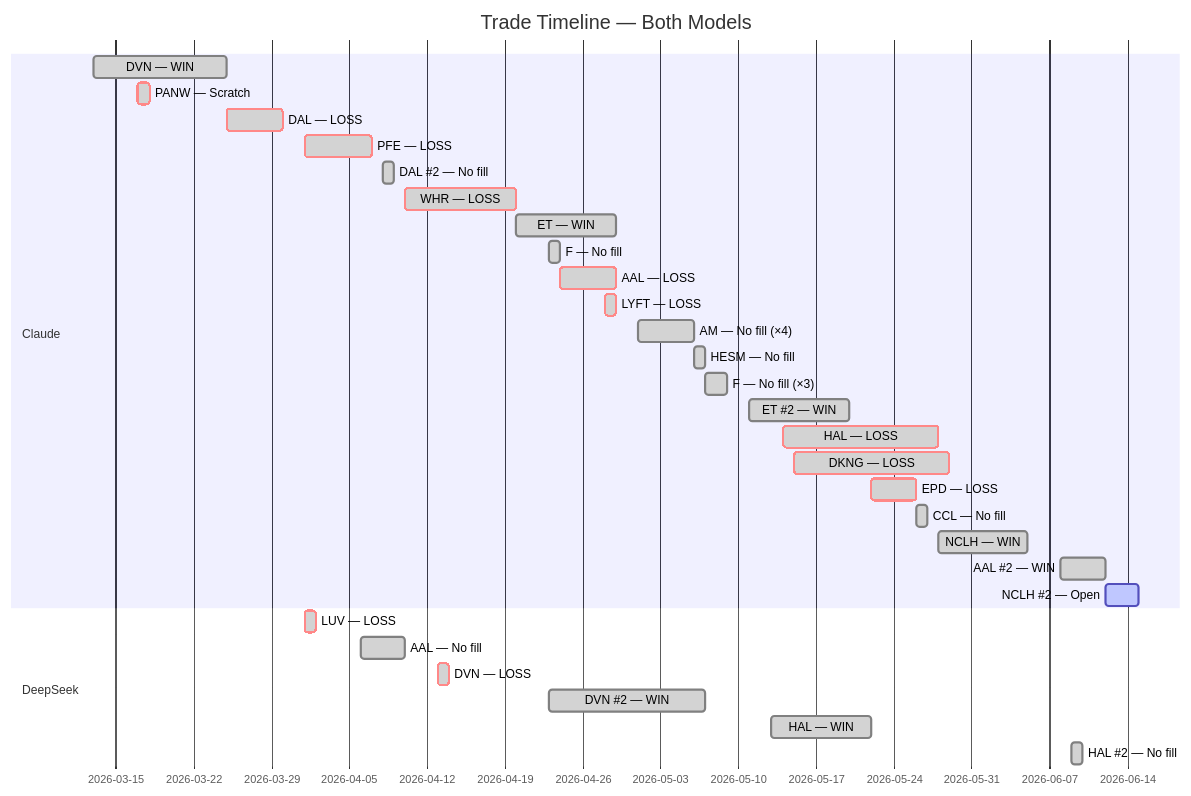
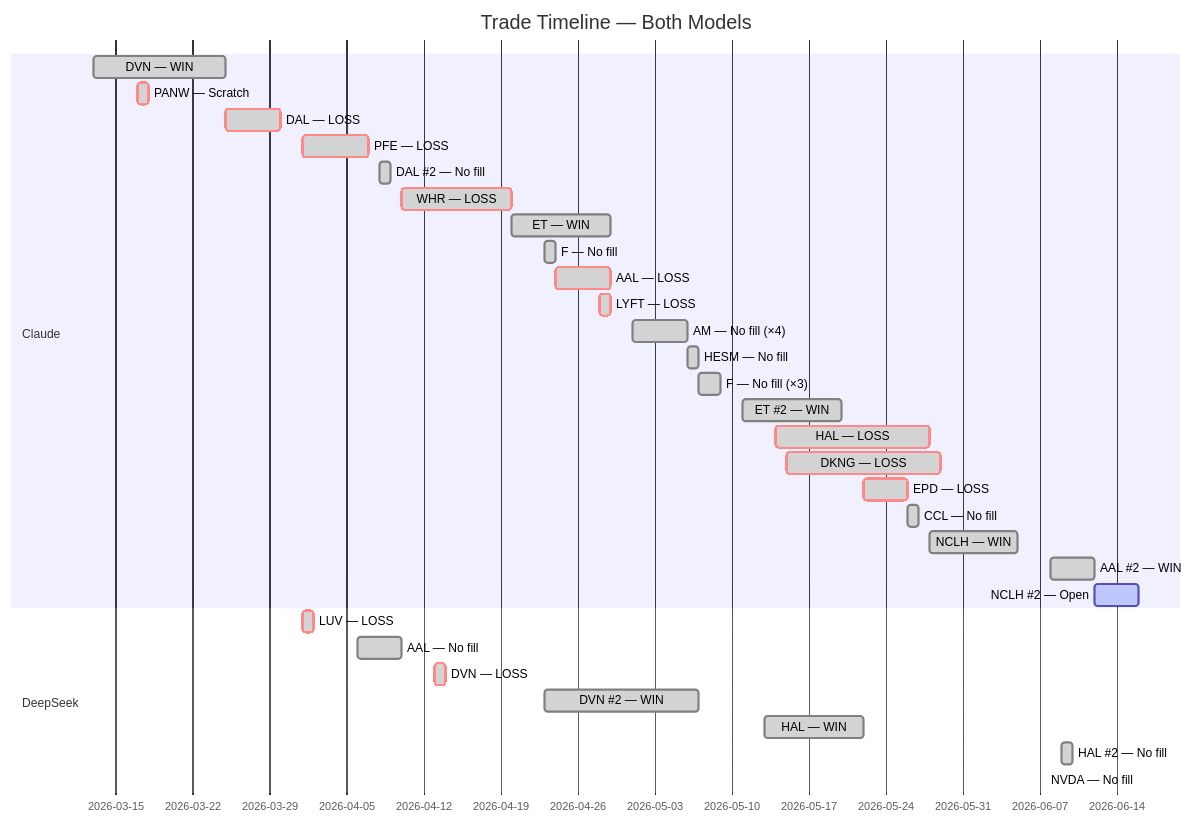
One commit to zachisit/ai-auto-buy-thesis changed the fifth of 5 diagrams in README.md. Above: the diagram before and after it, drawn with Mermaid. The commit also changed other lines of this file and 2 other files, not shown here.

Commit message:
Update README and add session logs for 6/16 — NCLH #2 Day 4 stop trailed $17.85→$19.25 (+$40.80 unrealized); DeepSeek NVDA buy stop $214.50 expired unfilled

````diff
--- a/README.md
+++ b/README.md
@@ -63,34 +63,35 @@
 ```mermaid
 gantt
     title Trade Timeline — Both Models
     dateFormat YYYY-MM-DD
     section Claude
     DVN — WIN            :done,    2026-03-13, 2026-03-25
     PANW — Scratch       :crit, done, 2026-03-17, 2026-03-18
     DAL — LOSS           :crit, done, 2026-03-25, 2026-03-30
     PFE — LOSS           :crit, done, 2026-04-01, 2026-04-07
     DAL #2 — No fill     :done,    2026-04-08, 2026-04-09
     WHR — LOSS           :crit, done, 2026-04-10, 2026-04-20
     ET — WIN             :done,    2026-04-20, 2026-04-29
     F — No fill          :done,    2026-04-23, 2026-04-24
     AAL — LOSS           :crit, done, 2026-04-24, 2026-04-29
     LYFT — LOSS          :crit, done, 2026-04-28, 2026-04-29
     AM — No fill (×4)    :done,    2026-05-01, 2026-05-06
     HESM — No fill       :done,    2026-05-06, 2026-05-07
     F — No fill (×3)     :done,    2026-05-07, 2026-05-09
     ET #2 — WIN          :done,    2026-05-11, 2026-05-20
     HAL — LOSS           :crit, done, 2026-05-14, 2026-05-28
     DKNG — LOSS          :crit, done, 2026-05-15, 2026-05-29
     EPD — LOSS           :crit, done, 2026-05-22, 2026-05-26
     CCL — No fill        :done,    2026-05-26, 2026-05-27
     NCLH — WIN           :done,    2026-05-28, 2026-06-05
     AAL #2 — WIN         :done,    2026-06-08, 2026-06-12
-    NCLH #2 — Open       :active,  2026-06-12, 2026-06-15
+    NCLH #2 — Open       :active,  2026-06-12, 2026-06-16
     section DeepSeek
     LUV — LOSS           :crit, done, 2026-04-01, 2026-04-02
     AAL — No fill        :done,    2026-04-06, 2026-04-10
     DVN — LOSS           :crit, done, 2026-04-13, 2026-04-14
     DVN #2 — WIN         :done,    2026-04-23, 2026-05-07
     HAL — WIN            :done,    2026-05-13, 2026-05-22
     HAL #2 — No fill    :done,    2026-06-09, 2026-06-10
+    NVDA — No fill      :done,    2026-06-16, 2026-06-16
 ```
````
